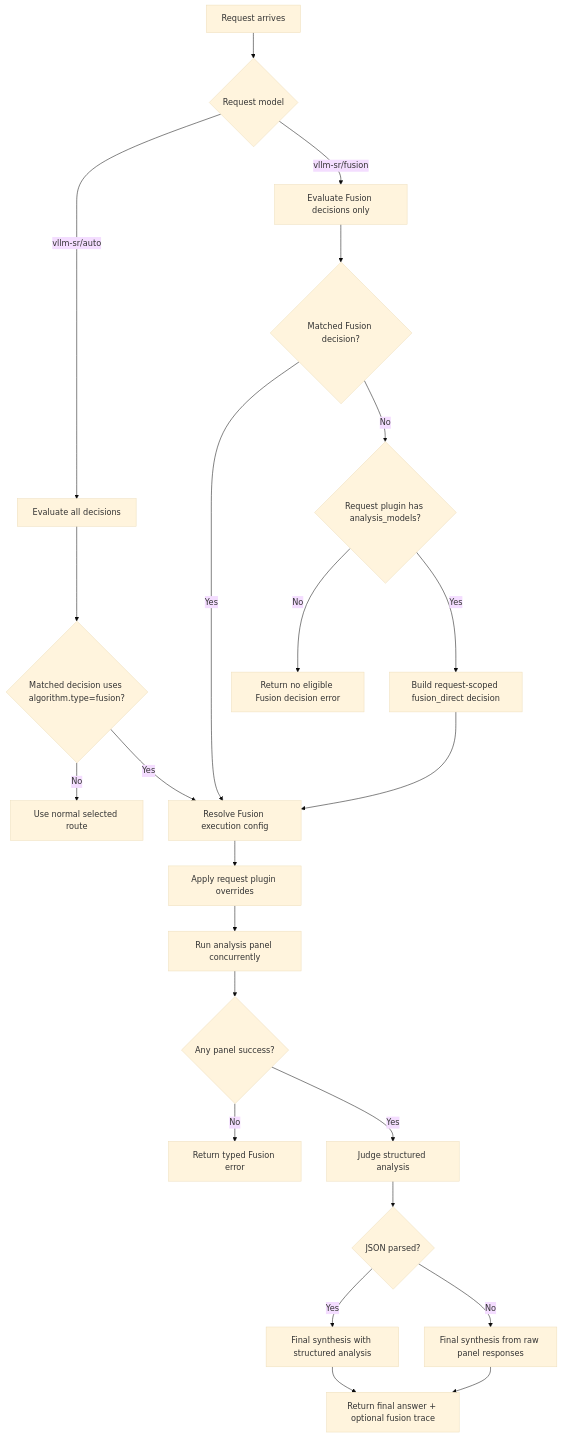
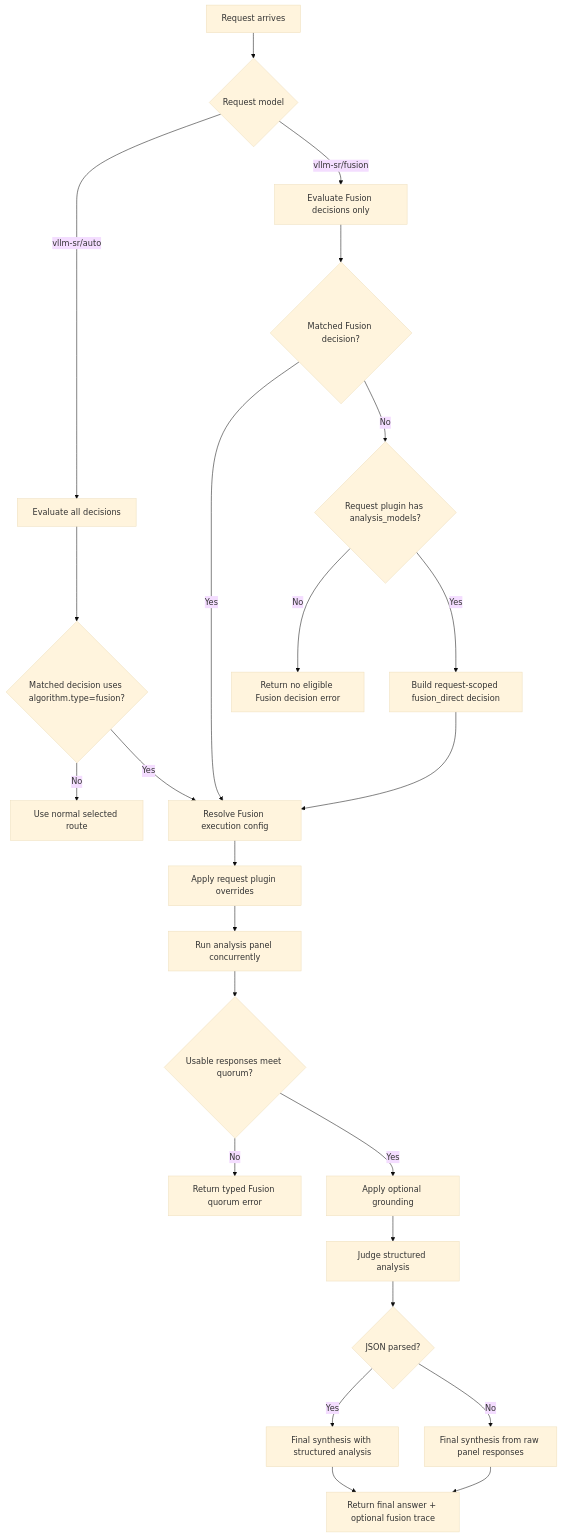
The diagram in website/docs/tutorials/algorithm/looper/fusion.md (vllm-project/semantic-router), drawn with Mermaid (base theme) before and after one commit. The commit also changed other lines of this file and 21 other files, not shown here.

Commit message:
Enforce Fusion usable-response quorum (#3445)

````diff
--- a/website/docs/tutorials/algorithm/looper/fusion.md
+++ b/website/docs/tutorials/algorithm/looper/fusion.md
@@ -29,25 +42,26 @@
 ```mermaid
 flowchart TD
     A[Request arrives] --> B{Request model}
     B -- vllm-sr/auto --> C[Evaluate all decisions]
     B -- vllm-sr/fusion --> D[Evaluate Fusion decisions only]
     C --> E{Matched decision uses algorithm.type=fusion?}
     D --> F{Matched Fusion decision?}
     E -- No --> G[Use normal selected route]
     E -- Yes --> H[Resolve Fusion execution config]
     F -- Yes --> H
     F -- No --> I{Request plugin has analysis_models?}
     I -- No --> J[Return no eligible Fusion decision error]
     I -- Yes --> K[Build request-scoped fusion_direct decision]
     K --> H
     H --> L[Apply request plugin overrides]
     L --> M[Run analysis panel concurrently]
-    M --> N{Any panel success?}
-    N -- No --> O[Return typed Fusion error]
-    N -- Yes --> P[Judge structured analysis]
-    P --> Q{JSON parsed?}
-    Q -- Yes --> R[Final synthesis with structured analysis]
-    Q -- No --> S[Final synthesis from raw panel responses]
-    R --> T[Return final answer + optional fusion trace]
-    S --> T
+    M --> N{Usable responses meet quorum?}
+    N -- No --> O[Return typed Fusion quorum error]
+    N -- Yes --> P[Apply optional grounding]
+    P --> Q[Judge structured analysis]
+    Q --> R{JSON parsed?}
+    R -- Yes --> S[Final synthesis with structured analysis]
+    R -- No --> T[Final synthesis from raw panel responses]
+    S --> U[Return final answer + optional fusion trace]
+    T --> U
 ```
````
